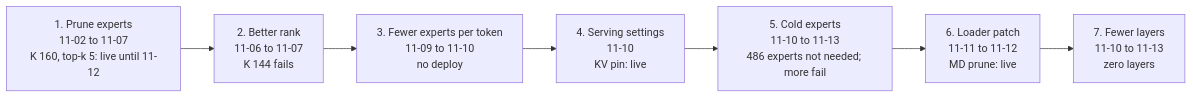
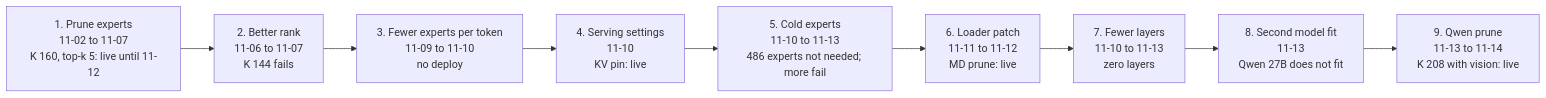
The diagram in README.md (czhou578/dsv4-specialize), drawn with Mermaid before and after one commit. The commit also changed other lines of this file and 4 other files, not shown here.

First line of the commit message:
Docs: the public record of both prunes; README, QWEN.md, PRUNE.md

````diff
--- a/README.md
+++ b/README.md
@@ -54,11 +107,13 @@
 ```mermaid
 flowchart LR
     S1["1. Prune experts<br/>11-02 to 11-07<br/>K 160, top-k 5: live until 11-12"]
     S2["2. Better rank<br/>11-06 to 11-07<br/>K 144 fails"]
     S3["3. Fewer experts per token<br/>11-09 to 11-10<br/>no deploy"]
     S4["4. Serving settings<br/>11-10<br/>KV pin: live"]
     S5["5. Cold experts<br/>11-10 to 11-13<br/>486 experts not needed; more fail"]
     S6["6. Loader patch<br/>11-11 to 11-12<br/>MD prune: live"]
     S7["7. Fewer layers<br/>11-10 to 11-13<br/>zero layers"]
-    S1 --> S2 --> S3 --> S4 --> S5 --> S6 --> S7
+    S8["8. Second model fit<br/>11-13<br/>Qwen 27B does not fit"]
+    S9["9. Qwen prune<br/>11-13 to 11-14<br/>K 208 with vision: live"]
+    S1 --> S2 --> S3 --> S4 --> S5 --> S6 --> S7 --> S8 --> S9
 ```
````
